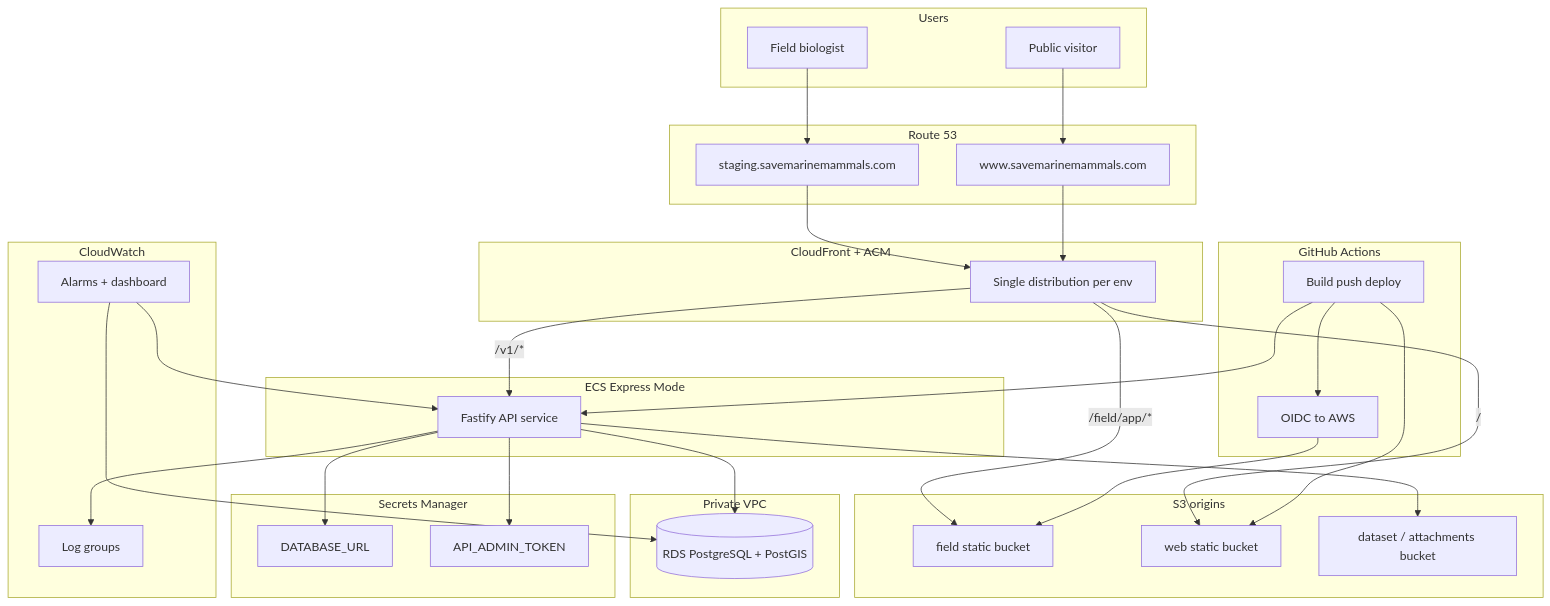
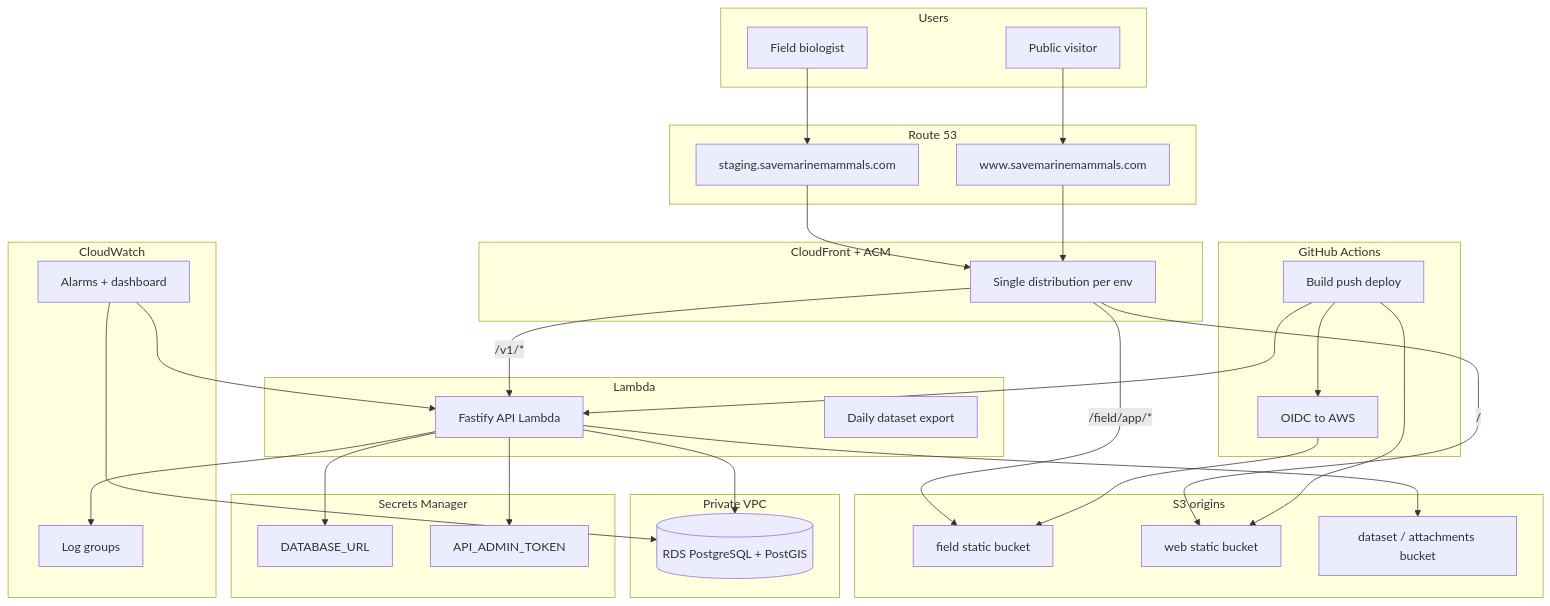
Before and after one commit to SaveMarineMammals/marine-mammal-assessment-platform: the first of 2 diagrams in docs/ops/AWS_INFRA.md, drawn with Mermaid. The commit also changed other lines of this file and 36 other files, not shown here.

First line of the commit message:
Replace always-on ECS Express with Lambda sync and daily dataset snapshots. (#28)

````diff
--- a/docs/ops/AWS_INFRA.md
+++ b/docs/ops/AWS_INFRA.md
@@ -7,65 +7,66 @@
 ```mermaid
 flowchart TB
   subgraph users [Users]
     FieldUser[Field biologist]
     PublicUser[Public visitor]
   end
 
   subgraph dns [Route 53]
     ProdWWW[www.savemarinemammals.com]
     StagingDNS[staging.savemarinemammals.com]
   end
 
   subgraph edge [CloudFront + ACM]
     SiteCF[Single distribution per env]
   end
 
   subgraph static [S3 origins]
     FieldBucket[field static bucket]
     WebBucket[web static bucket]
     DataBucket[dataset / attachments bucket]
   end
 
-  subgraph compute [ECS Express Mode]
-    API[Fastify API service]
+  subgraph compute [Lambda]
+    API[Fastify API Lambda]
+    Export[Daily dataset export]
   end
 
   subgraph data [Private VPC]
     RDS[("RDS PostgreSQL + PostGIS")]
   end
 
   subgraph secrets [Secrets Manager]
     DBSecret[DATABASE_URL]
     AdminSecret[API_ADMIN_TOKEN]
   end
 
   FieldUser --> StagingDNS
   PublicUser --> ProdWWW
   StagingDNS --> SiteCF
   ProdWWW --> SiteCF
   SiteCF -->|"/"| WebBucket
   SiteCF -->|"/field/app/*"| FieldBucket
   SiteCF -->|"/v1/*"| API
   API --> RDS
   API --> DataBucket
   API --> DBSecret
   API --> AdminSecret
 
   subgraph cicd [GitHub Actions]
     GHA[Build push deploy]
     OIDC[OIDC to AWS]
   end
 
   subgraph observe [CloudWatch]
     Logs[Log groups]
     Alarms[Alarms + dashboard]
   end
 
   GHA --> OIDC --> FieldBucket
   GHA --> WebBucket
   GHA --> API
 
   API --> Logs
   Alarms --> API
   Alarms --> RDS
 ```
````
